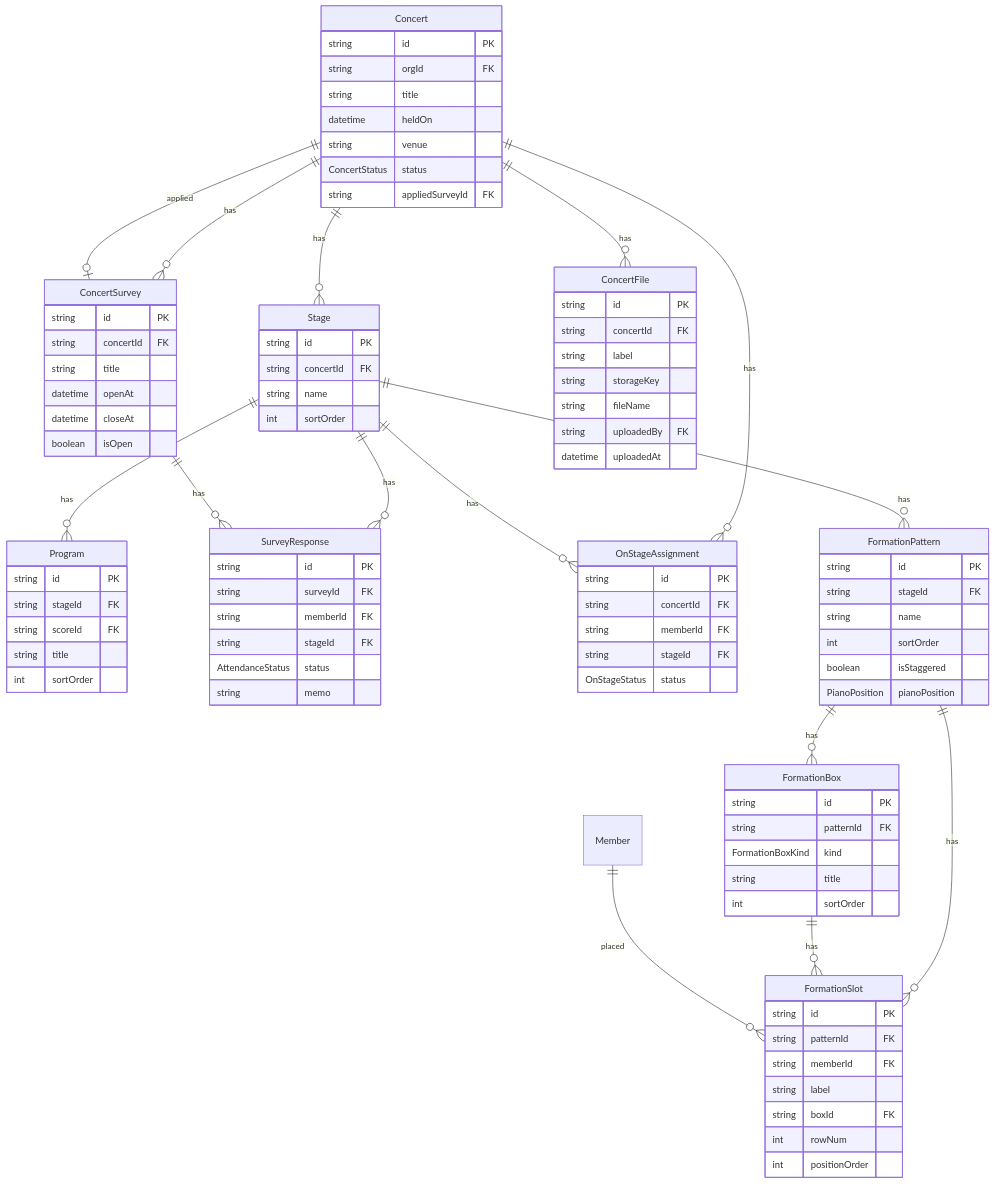
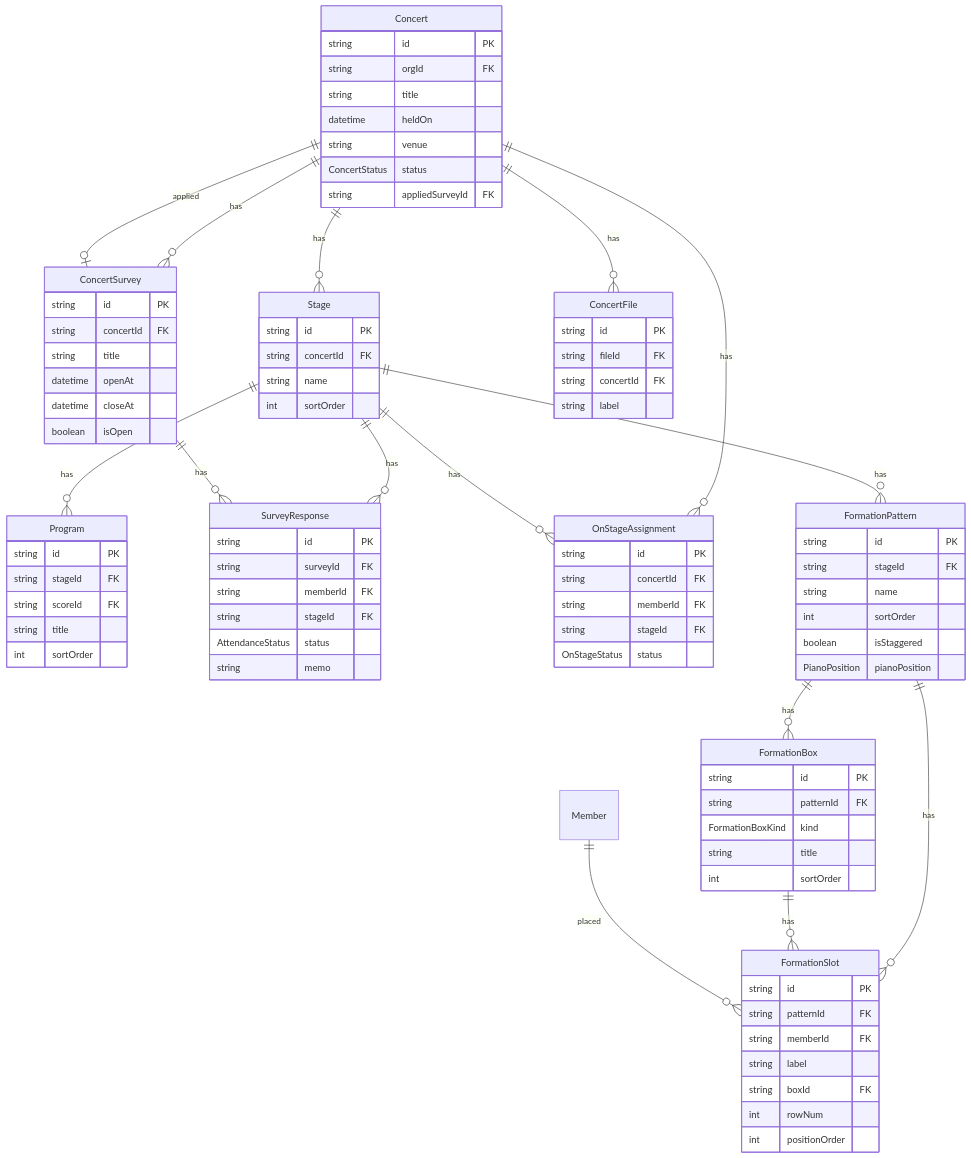
Before and after one commit to Genki1019/choirhub: the fifth of 8 diagrams in docs/database.md, drawn with Mermaid. The commit also changed other lines of this file and 41 other files, not shown here.

```diff
--- a/docs/database.md
+++ b/docs/database.md
@@ -319,13 +320,10 @@
         int    positionOrder
     }
     ConcertFile {
-        string   id PK
-        string   concertId FK
-        string   label
-        string   storageKey
-        string   fileName
-        string   uploadedBy FK
-        datetime uploadedAt
+        string id PK
+        string fileId FK
+        string concertId FK
+        string label
     }
 
     Concert          ||--o{ Stage             : "has"
```
